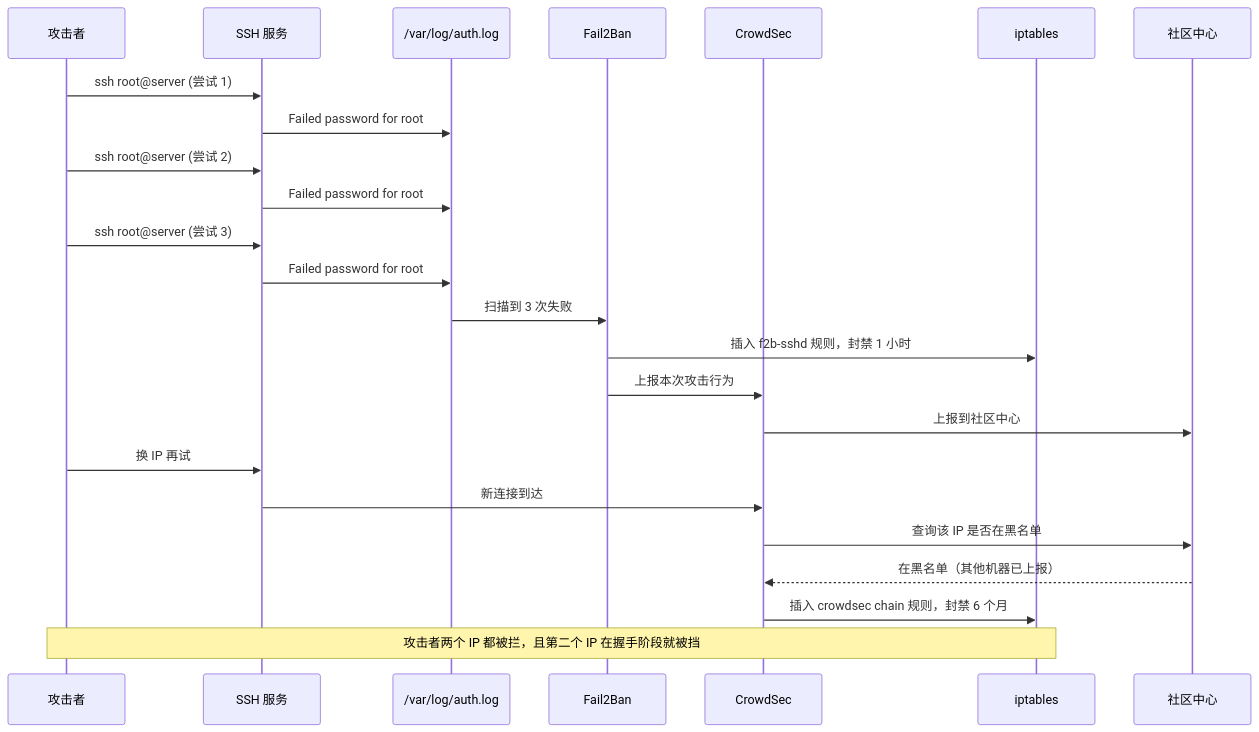
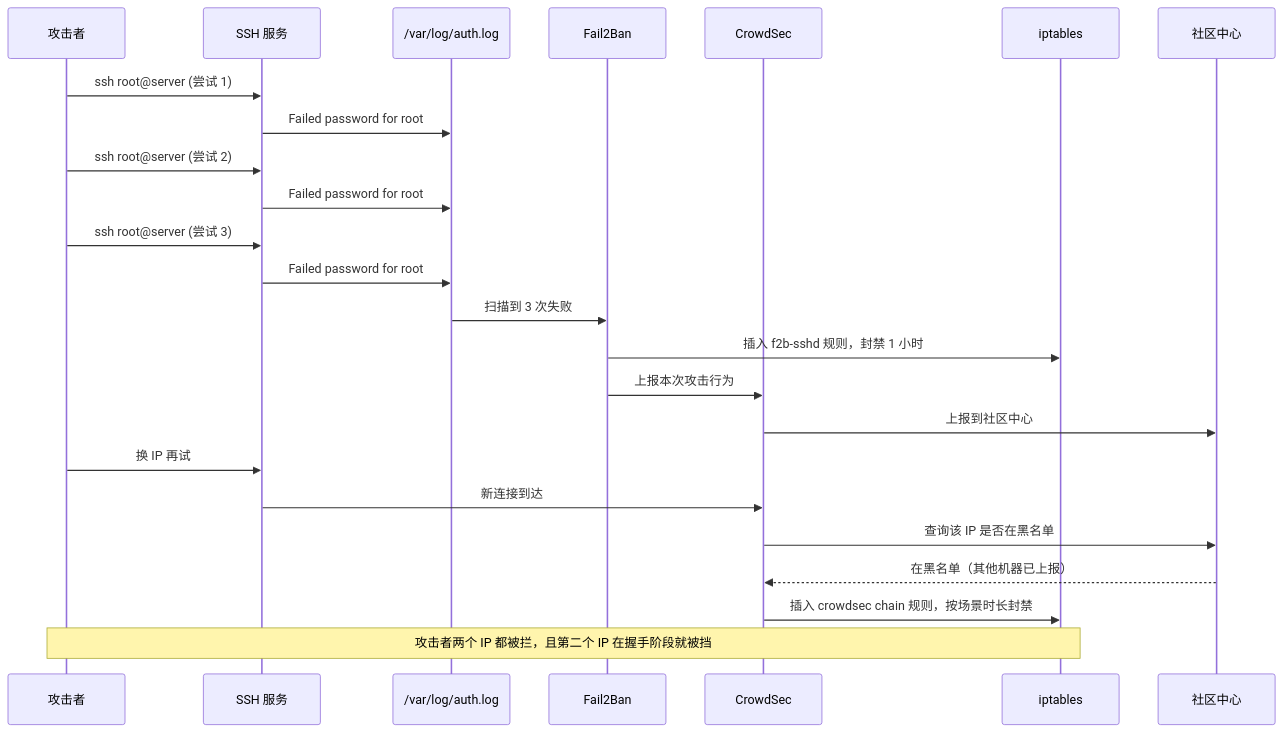
Before and after one commit to A1pha3/text-matrix: the second of 3 diagrams in content/posts/tech/linux-server-security-hardening-guide.md, drawn with Mermaid. The commit also changed other lines of this file and 56 other files, not shown here.

````diff
--- a/content/posts/tech/linux-server-security-hardening-guide.md
+++ b/content/posts/tech/linux-server-security-hardening-guide.md
@@ -303,27 +303,27 @@
 ```mermaid
 sequenceDiagram
     participant A as 攻击者
     participant S as SSH 服务
     participant L as /var/log/auth.log
     participant F as Fail2Ban
     participant C as CrowdSec
     participant I as iptables
     participant H as 社区中心
 
     A->>S: ssh root@server (尝试 1)
     S->>L: Failed password for root
     A->>S: ssh root@server (尝试 2)
     S->>L: Failed password for root
     A->>S: ssh root@server (尝试 3)
     S->>L: Failed password for root
     L->>F: 扫描到 3 次失败
     F->>I: 插入 f2b-sshd 规则，封禁 1 小时
     F->>C: 上报本次攻击行为
     C->>H: 上报到社区中心
     A->>S: 换 IP 再试
     S->>C: 新连接到达
     C->>H: 查询该 IP 是否在黑名单
     H-->>C: 在黑名单（其他机器已上报）
-    C->>I: 插入 crowdsec chain 规则，封禁 6 个月
+    C->>I: 插入 crowdsec chain 规则，按场景时长封禁
     Note over A,I: 攻击者两个 IP 都被拦，且第二个 IP 在握手阶段就被挡
 ```
````
